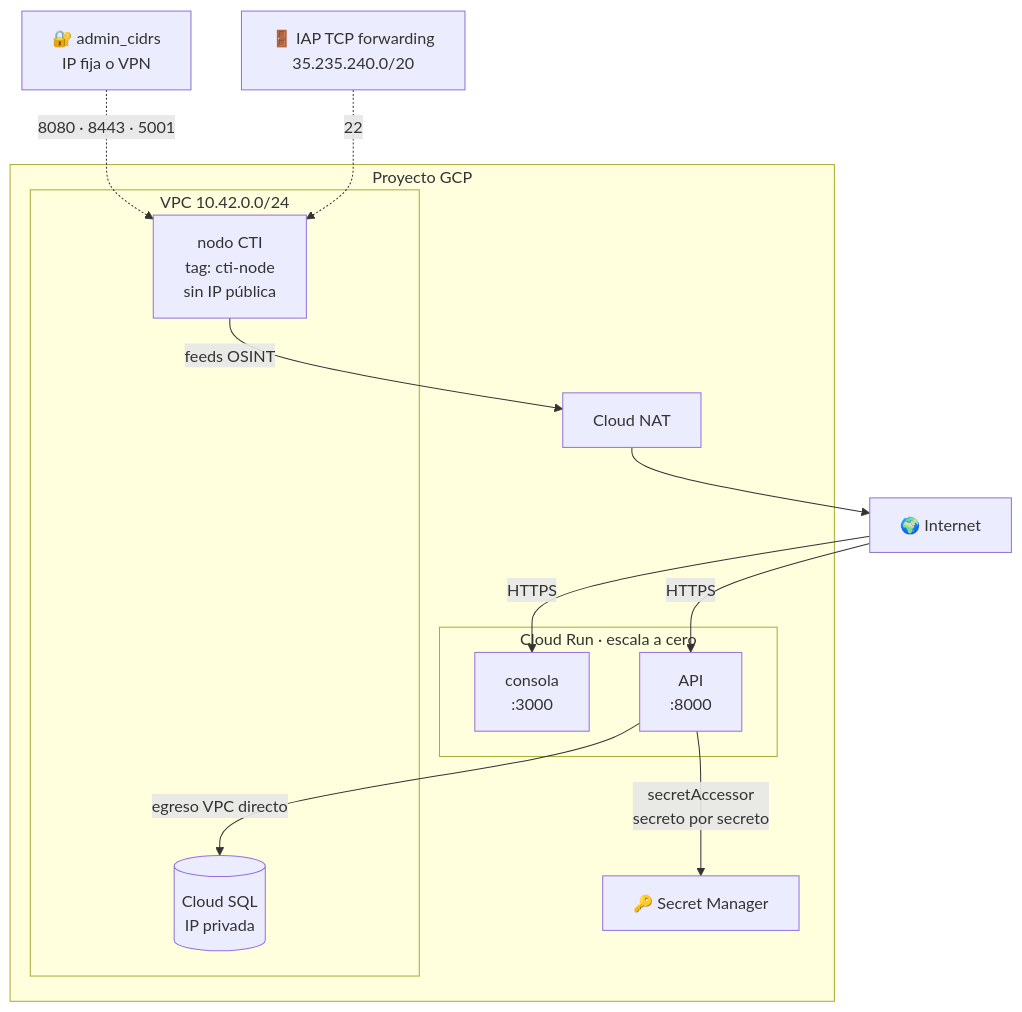
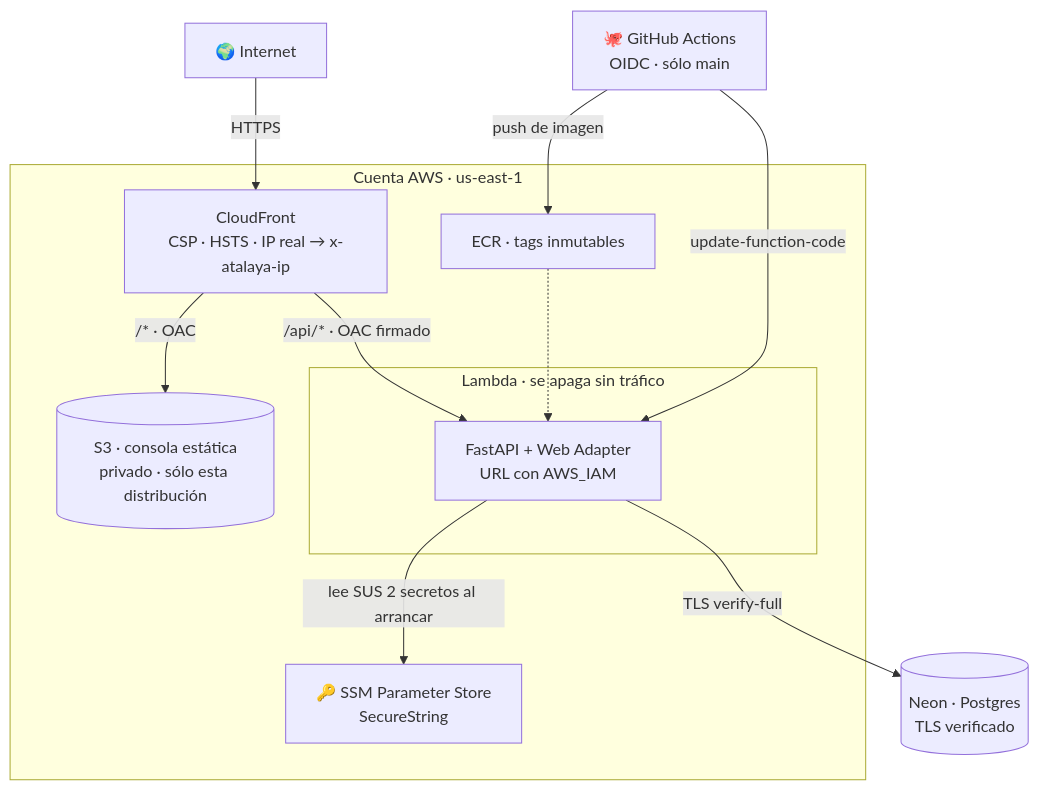
One commit to gonzalodiascenzi/atalaya changed the fourth of 4 diagrams in docs/ARQUITECTURA.md. Above: the diagram before and after it, drawn with Mermaid. The commit also changed other lines of this file and 30 other files, not shown here.

Commit message:
aws: lambda + cloudfront

````diff
--- a/docs/ARQUITECTURA.md
+++ b/docs/ARQUITECTURA.md
@@ -150,28 +150,26 @@
 ```mermaid
 flowchart TB
     NET["🌍 Internet"]
-    ADM["🔐 admin_cidrs<br/>IP fija o VPN"]
-    IAP["🚪 IAP TCP forwarding<br/>35.235.240.0/20"]
+    GH["🐙 GitHub Actions<br/>OIDC · sólo main"]
 
-    subgraph GCP["Proyecto GCP"]
-        subgraph RUN["Cloud Run · escala a cero"]
-            FE["consola<br/>:3000"]
-            API["API<br/>:8000"]
+    subgraph AWS["Cuenta AWS · us-east-1"]
+        CF["CloudFront<br/>CSP · HSTS · IP real → x-atalaya-ip"]
+        S3[("S3 · consola estática<br/>privado · sólo esta distribución")]
+        subgraph LAMBDA["Lambda · se apaga sin tráfico"]
+            API["FastAPI + Web Adapter<br/>URL con AWS_IAM"]
         end
-        subgraph VPC["VPC 10.42.0.0/24"]
-            CTI["nodo CTI<br/>tag: cti-node<br/>sin IP pública"]
-            SQL[("Cloud SQL<br/>IP privada")]
-        end
-        NAT["Cloud NAT"]
-        SM["🔑 Secret Manager"]
+        SSM["🔑 SSM Parameter Store<br/>SecureString"]
+        ECR["ECR · tags inmutables"]
     end
 
-    NET -->|"HTTPS"| FE
-    NET -->|"HTTPS"| API
-    API -->|"egreso VPC directo"| SQL
-    API -->|"secretAccessor<br/>secreto por secreto"| SM
-    ADM -.->|"8080 · 8443 · 5001"| CTI
-    IAP -.->|"22"| CTI
-    CTI -->|"feeds OSINT"| NAT
-    NAT --> NET
+    NEON[("Neon · Postgres<br/>TLS verificado")]
+
+    NET -->|"HTTPS"| CF
+    CF -->|"/* · OAC"| S3
+    CF -->|"/api/* · OAC firmado"| API
+    API -->|"lee SUS 2 secretos al arrancar"| SSM
+    API -->|"TLS verify-full"| NEON
+    GH -->|"push de imagen"| ECR
+    GH -->|"update-function-code"| API
+    ECR -.-> API
 ```
````
